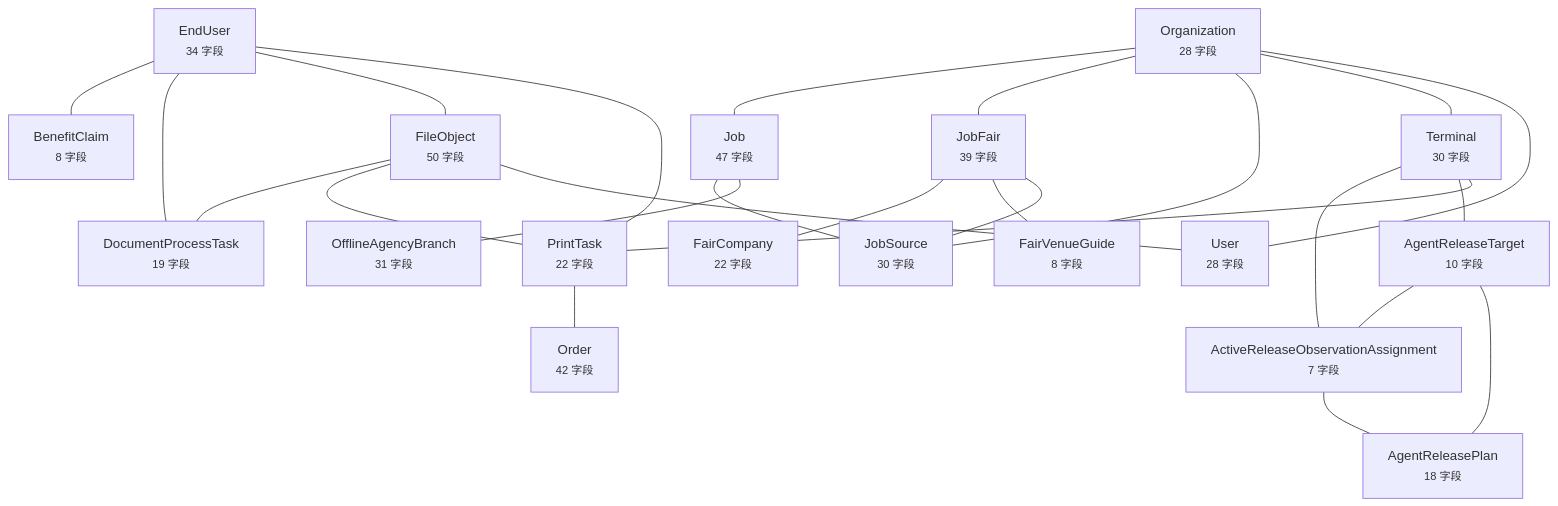
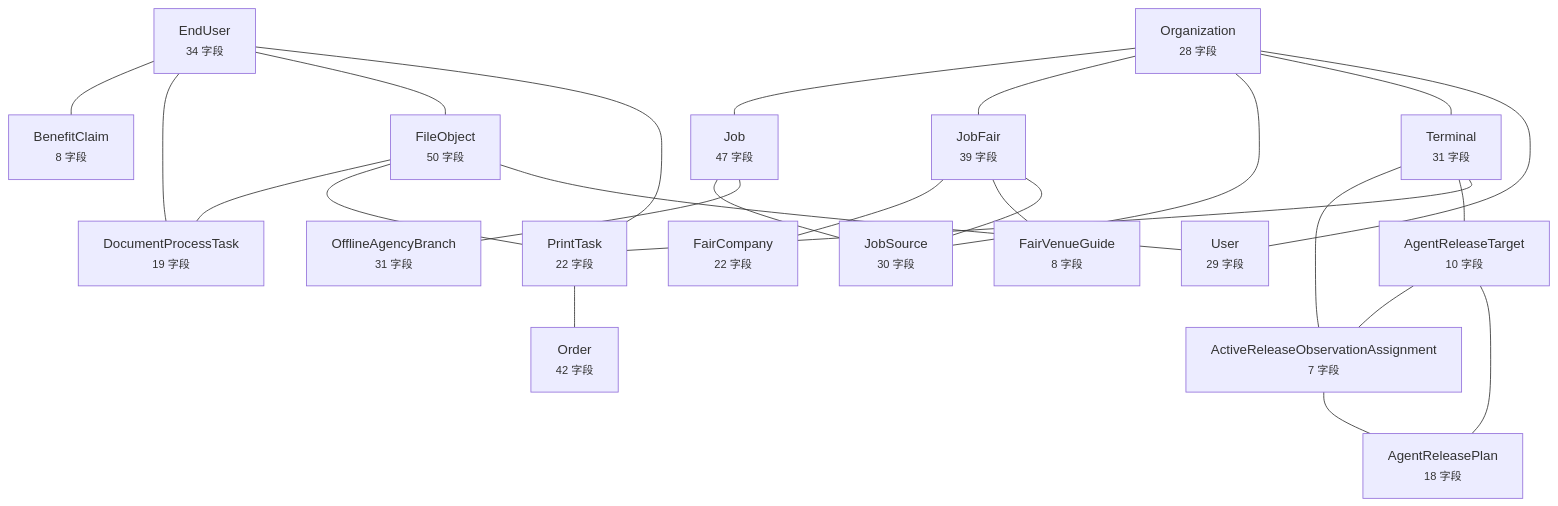
Before and after one commit to wanglei581/YITIJI: the diagram in docs/graph/data-model.md, drawn with Mermaid. The commit also changed other lines of this file and 4 other files, not shown here.

Commit message:
chore(graph): 第七次第二批叠完后重生图谱

````diff
--- a/docs/graph/data-model.md
+++ b/docs/graph/data-model.md
@@ -10,45 +10,45 @@
 ```mermaid
 flowchart TD
   EndUser["EndUser<br/><small>34 字段</small>"]
   Organization["Organization<br/><small>28 字段</small>"]
-  Terminal["Terminal<br/><small>30 字段</small>"]
+  Terminal["Terminal<br/><small>31 字段</small>"]
   FileObject["FileObject<br/><small>50 字段</small>"]
   Job["Job<br/><small>47 字段</small>"]
+  User["User<br/><small>29 字段</small>"]
   JobFair["JobFair<br/><small>39 字段</small>"]
   JobSource["JobSource<br/><small>30 字段</small>"]
-  User["User<br/><small>28 字段</small>"]
   PrintTask["PrintTask<br/><small>22 字段</small>"]
   AgentReleaseTarget["AgentReleaseTarget<br/><small>10 字段</small>"]
   Order["Order<br/><small>42 字段</small>"]
   ActiveReleaseObservationAssignment["ActiveReleaseObservationAssignment<br/><small>7 字段</small>"]
   AgentReleasePlan["AgentReleasePlan<br/><small>18 字段</small>"]
   BenefitClaim["BenefitClaim<br/><small>8 字段</small>"]
   DocumentProcessTask["DocumentProcessTask<br/><small>19 字段</small>"]
   FairCompany["FairCompany<br/><small>22 字段</small>"]
   FairVenueGuide["FairVenueGuide<br/><small>8 字段</small>"]
   OfflineAgencyBranch["OfflineAgencyBranch<br/><small>31 字段</small>"]
   EndUser --- BenefitClaim
   EndUser --- DocumentProcessTask
   EndUser --- FileObject
   EndUser --- PrintTask
   Organization --- Job
   Organization --- JobFair
   Organization --- JobSource
   Organization --- Terminal
   Organization --- User
   Terminal --- ActiveReleaseObservationAssignment
   Terminal --- AgentReleaseTarget
   Terminal --- PrintTask
   FileObject --- DocumentProcessTask
   FileObject --- PrintTask
   FileObject --- User
   Job --- JobSource
   Job --- OfflineAgencyBranch
   JobFair --- FairCompany
   JobFair --- FairVenueGuide
   JobFair --- JobSource
   PrintTask --- Order
   AgentReleaseTarget --- ActiveReleaseObservationAssignment
   AgentReleaseTarget --- AgentReleasePlan
   ActiveReleaseObservationAssignment --- AgentReleasePlan
 ```
````
